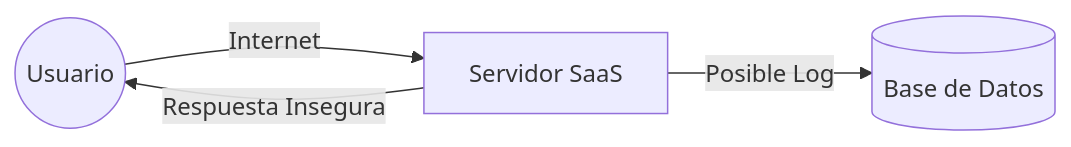
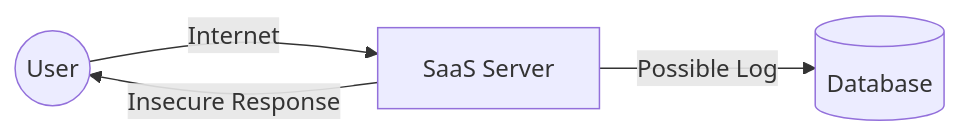
The first of 3 diagrams in content/generator-password-en.md (ELmoliii/blog-tecnology), drawn with Mermaid before and after one commit. The commit also changed other lines of this file and 3 other files, not shown here.

````diff
--- a/content/generator-password-en.md
+++ b/content/generator-password-en.md
@@ -27,8 +28,8 @@
 ```mermaid
 flowchart LR
      direction TB
-     User1(("Usuario")) -->|Internet| Server["Servidor SaaS"]
-     Server -->|"Posible Log"| DB[("Base de Datos")]
-     Server -->|"Respuesta Insegura"| User1
+     User1(("User")) -->|Internet| Server["SaaS Server"]
+     Server -->|"Possible Log"| DB[("Database")]
+     Server -->|"Insecure Response"| User1
 
 ```
````
